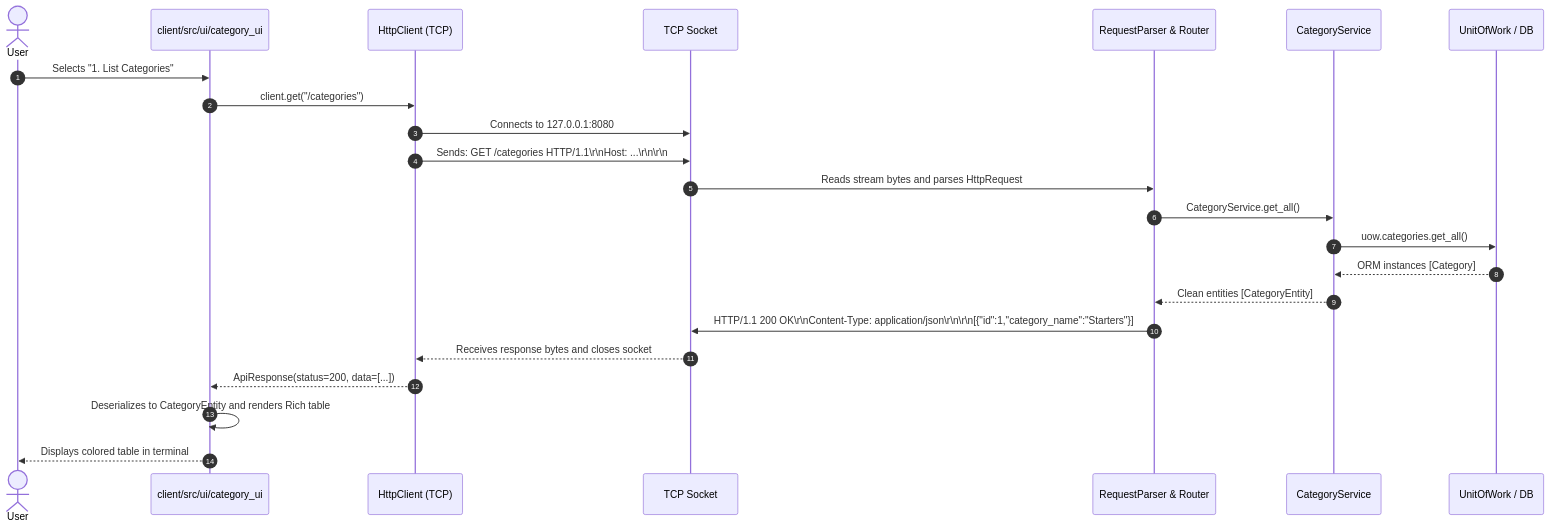
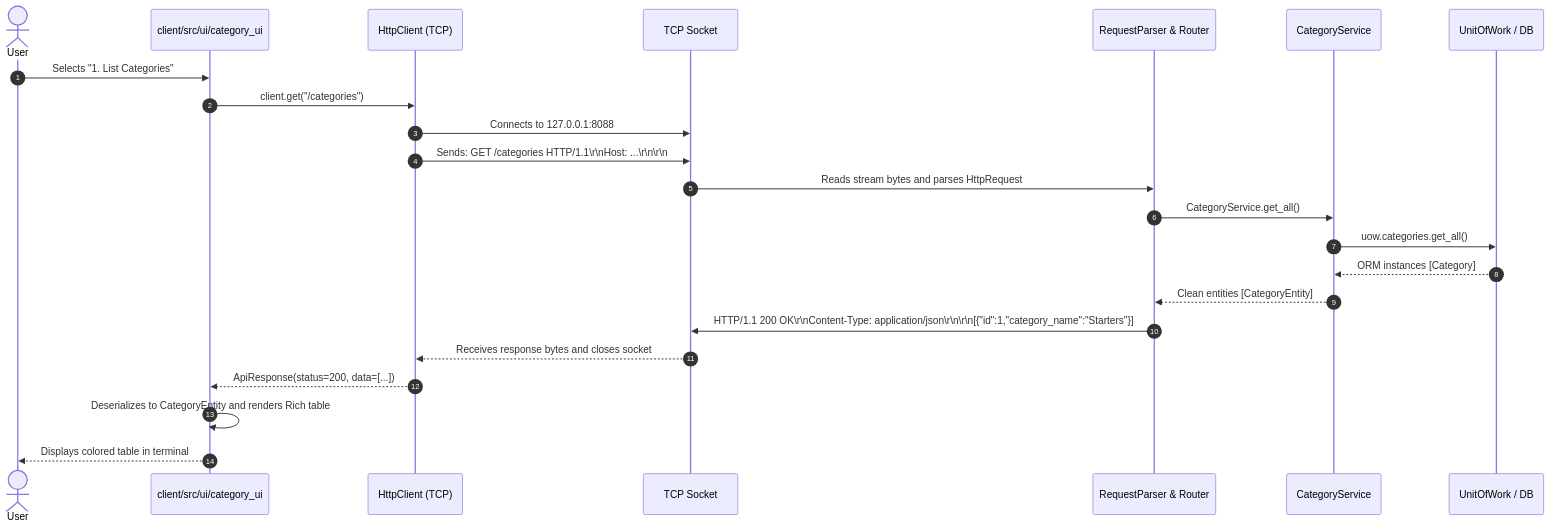
Before and after one commit to MarcCodinaLlonch/restaurant_backoffice: the diagram in PROJECT_DOCUMENTATION_ENG.md, drawn with Mermaid. The commit also changed 14 other files, not shown here.

````diff
--- a/PROJECT_DOCUMENTATION_ENG.md
+++ b/PROJECT_DOCUMENTATION_ENG.md
@@ -165,26 +165,26 @@
 ```mermaid
 sequenceDiagram
     autonumber
     actor User
     participant UI as client/src/ui/category_ui
     participant Client as HttpClient (TCP)
     participant Socket as TCP Socket
     participant Server as RequestParser & Router
     participant Service as CategoryService
     participant UoW as UnitOfWork / DB
 
     User->>UI: Selects "1. List Categories"
     UI->>Client: client.get("/categories")
-    Client->>Socket: Connects to 127.0.0.1:8080
+    Client->>Socket: Connects to 127.0.0.1:8088
     Client->>Socket: Sends: GET /categories HTTP/1.1\r\nHost: ...\r\n\r\n
     Socket->>Server: Reads stream bytes and parses HttpRequest
     Server->>Service: CategoryService.get_all()
     Service->>UoW: uow.categories.get_all()
     UoW-->>Service: ORM instances [Category]
     Service-->>Server: Clean entities [CategoryEntity]
     Server->>Socket: HTTP/1.1 200 OK\r\nContent-Type: application/json\r\n\r\n[{"id":1,"category_name":"Starters"}]
     Socket-->>Client: Receives response bytes and closes socket
     Client-->>UI: ApiResponse(status=200, data=[...])
     UI->>UI: Deserializes to CategoryEntity and renders Rich table
     UI-->>User: Displays colored table in terminal
 ```
````
